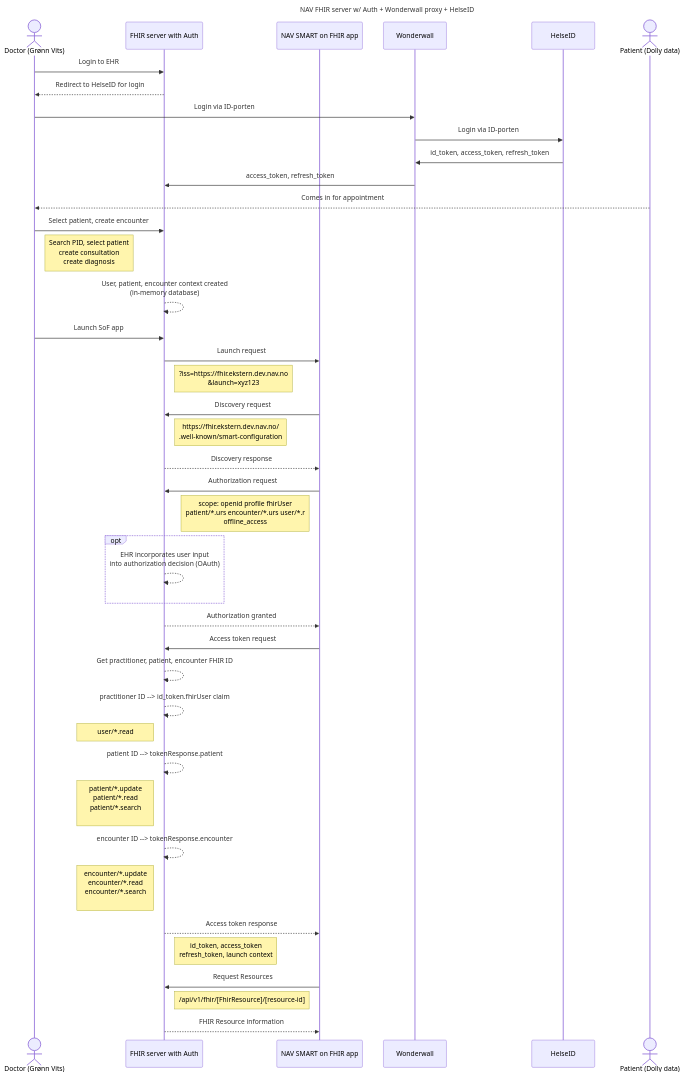
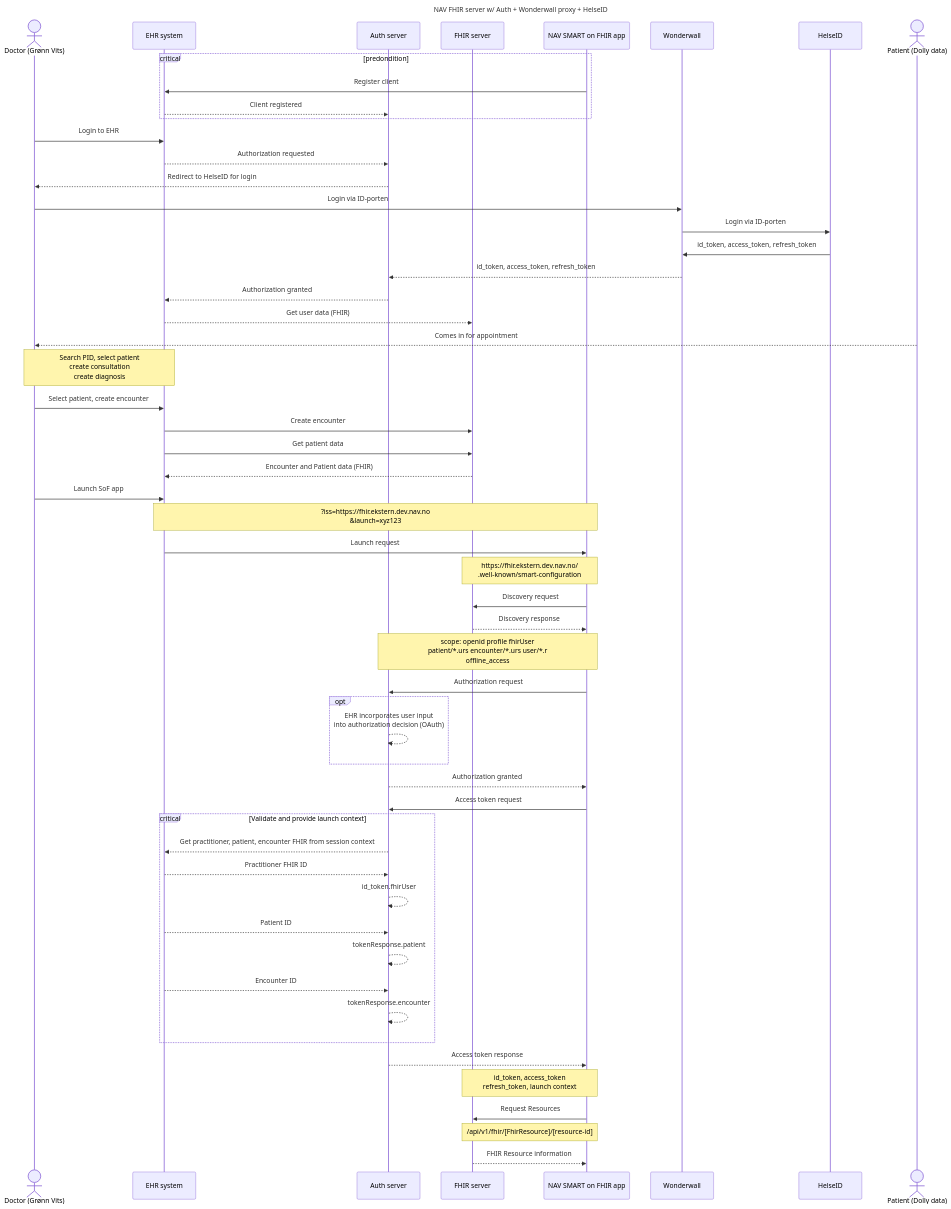
One commit to navikt/nav-fhir-server changed the diagram in README.md. Above: the diagram before and after it, drawn with Mermaid. The commit also changed other lines of this file and 5 other files, not shown here.

Commit message:
remove auth server

````diff
--- a/README.md
+++ b/README.md
@@ -13,48 +24,61 @@
 ```mermaid
 ---
 title: NAV FHIR server w/ Auth + Wonderwall proxy + HelseID
 ---
 sequenceDiagram
     actor DOC as Doctor (Grønn Vits)
-    participant FHIR as FHIR server with Auth
+    participant EHR as EHR system
+    participant AUTH as Auth server
+    participant FHIR as FHIR server
     participant NAV as NAV SMART on FHIR app
     participant WALL as Wonderwall
     participant HID as HelseID
     actor PAT as Patient (Dolly data)
-
-    DOC ->> FHIR: Login to EHR
-    FHIR -->> DOC: Redirect to HelseID for login
+    
+    critical predondition 
+        NAV ->> EHR: Register client
+        EHR -->> AUTH: Client registered
+    end
+    DOC ->> EHR: Login to EHR
+    EHR -->> AUTH:  Authorization requested
+    AUTH -->> DOC: Redirect to HelseID for login
     DOC ->> WALL: Login via ID-porten
     WALL ->> HID: Login via ID-porten
     HID ->> WALL: id_token, access_token, refresh_token
-    WALL ->> FHIR: access_token, refresh_token
+    WALL -->> AUTH: id_token, access_token, refresh_token
+    AUTH -->> EHR:  Authorization granted
+    EHR -->> FHIR:  Get user data (FHIR)
     PAT -->> DOC: Comes in for appointment
-    DOC ->> FHIR: Select patient, create encounter
-    Note right of DOC: Search PID, select patient<br>create consultation<br>create diagnosis
-    FHIR -->> FHIR: User, patient, encounter context created<br>(in-memory database)
-    DOC ->> FHIR: Launch SoF app
-    FHIR ->> NAV: Launch request
-    Note right of FHIR: ?iss=https://fhir.ekstern.dev.nav.no<br>&launch=xyz123
+    Note over DOC,EHR: Search PID, select patient<br>create consultation<br>create diagnosis
+    DOC ->> EHR: Select patient, create encounter
+    EHR ->> FHIR: Create encounter
+    EHR ->> FHIR: Get patient data
+    FHIR -->> EHR: Encounter and Patient data (FHIR)
+    DOC ->> EHR: Launch SoF app
+    Note over EHR,NAV: ?iss=https://fhir.ekstern.dev.nav.no<br>&launch=xyz123
+    EHR ->> NAV: Launch request
+    Note over NAV,FHIR: https://fhir.ekstern.dev.nav.no/<br>.well-known/smart-configuration
     NAV ->> FHIR: Discovery request
-    Note right of FHIR: https://fhir.ekstern.dev.nav.no/<br>.well-known/smart-configuration
     FHIR -->> NAV: Discovery response
-    NAV ->> FHIR: Authorization request
-    note left of NAV: scope: openid profile fhirUser<br>patient/*.urs encounter/*.urs user/*.r<br>offline_access
+    Note over NAV,AUTH: scope: openid profile fhirUser<br>patient/*.urs encounter/*.urs user/*.r<br>offline_access
+    NAV ->> AUTH: Authorization request
     opt
-        FHIR -->> FHIR: EHR incorporates user input<br>into authorization decision (OAuth)
+        AUTH -->> AUTH: EHR incorporates user input<br>into authorization decision (OAuth)
     end
-    FHIR -->> NAV: Authorization granted
-    NAV ->> FHIR: Access token request
-    FHIR -->> FHIR: Get practitioner, patient, encounter FHIR ID
-    FHIR -->> FHIR: practitioner ID --> id_token.fhirUser claim
-    Note left of FHIR: user/*.read
-    FHIR -->> FHIR: patient ID --> tokenResponse.patient
-    Note left of FHIR: patient/*.update<br>patient/*.read<br>patient/*.search<br>
-    FHIR -->> FHIR: encounter ID --> tokenResponse.encounter
-    Note left of FHIR: encounter/*.update<br>encounter/*.read<br>encounter/*.search<br>
-    FHIR -->> NAV: Access token response
-    Note right of FHIR: id_token, access_token<br>refresh_token, launch context
+    AUTH -->> NAV: Authorization granted
+    NAV ->> AUTH: Access token request
+    critical Validate and provide launch context
+        AUTH -->> EHR: Get practitioner, patient, encounter FHIR from session context
+        EHR -->> AUTH: Practitioner FHIR ID
+        AUTH -->> AUTH: id_token.fhirUser
+        EHR -->> AUTH: Patient ID
+        AUTH -->> AUTH: tokenResponse.patient
+        EHR -->> AUTH: Encounter ID
+        AUTH -->> AUTH: tokenResponse.encounter
+    end
+    AUTH -->> NAV: Access token response
+    Note over NAV,FHIR: id_token, access_token<br>refresh_token, launch context
     NAV ->> FHIR: Request Resources
-    Note left of NAV: /api/v1/fhir/[FhirResource]/[resource-id]
+    Note over FHIR,NAV: /api/v1/fhir/[FhirResource]/[resource-id]
     FHIR -->> NAV: FHIR Resource information
 ```
````
